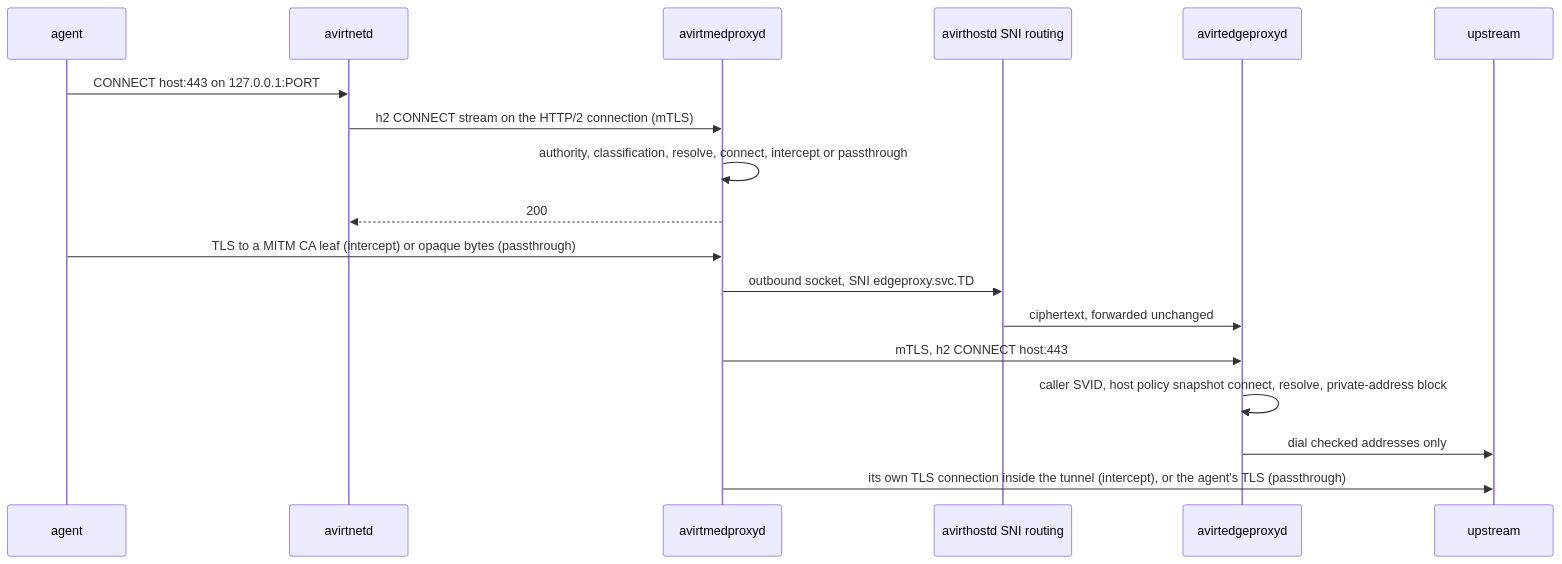
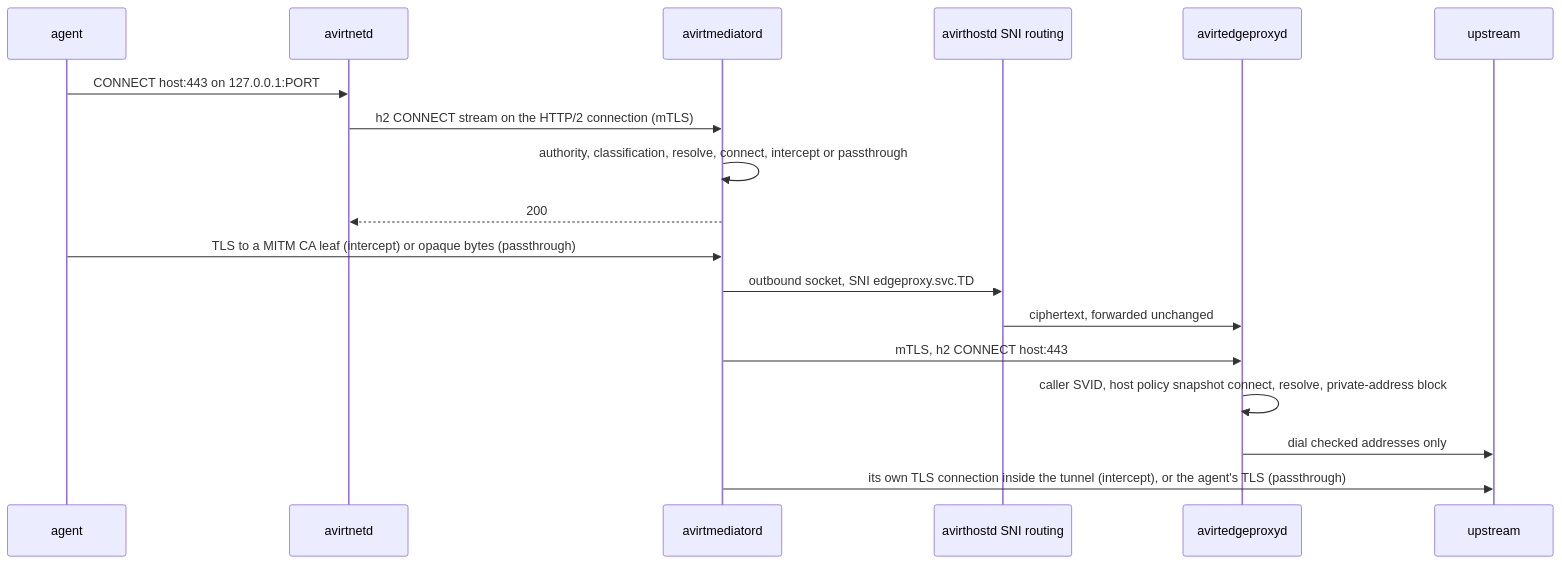
Before and after one commit to tbhb-dev/avirt: the second of 3 diagrams in docs/networking.md, drawn with Mermaid. The commit also changed other lines of this file and 116 other files, not shown here.

````diff
--- a/docs/networking.md
+++ b/docs/networking.md
@@ -169,20 +161,20 @@
 ```mermaid
 sequenceDiagram
     participant A as agent
     participant N as avirtnetd
-    participant E as avirtmedproxyd
+    participant E as avirtmediatord
     participant R as avirthostd SNI routing
     participant F as avirtedgeproxyd
     participant U as upstream
     A->>N: CONNECT host:443 on 127.0.0.1:PORT
     N->>E: h2 CONNECT stream on the HTTP/2 connection (mTLS)
     E->>E: authority, classification, resolve, connect, intercept or passthrough
     E-->>N: 200
     A->>E: TLS to a MITM CA leaf (intercept) or opaque bytes (passthrough)
     E->>R: outbound socket, SNI edgeproxy.svc.TD
     R->>F: ciphertext, forwarded unchanged
     E->>F: mTLS, h2 CONNECT host:443
     F->>F: caller SVID, host policy snapshot connect, resolve, private-address block
     F->>U: dial checked addresses only
     E->>U: its own TLS connection inside the tunnel (intercept), or the agent's TLS (passthrough)
 ```
````
